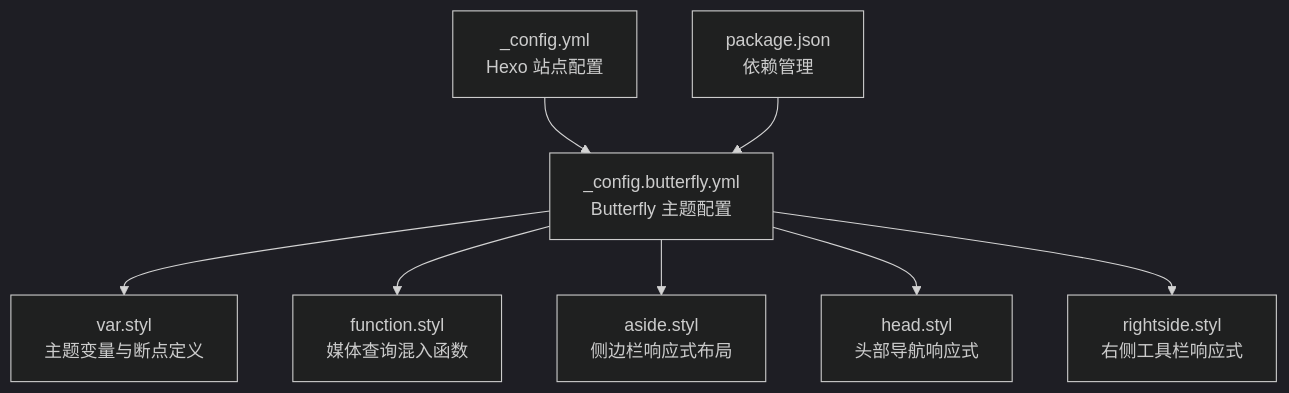
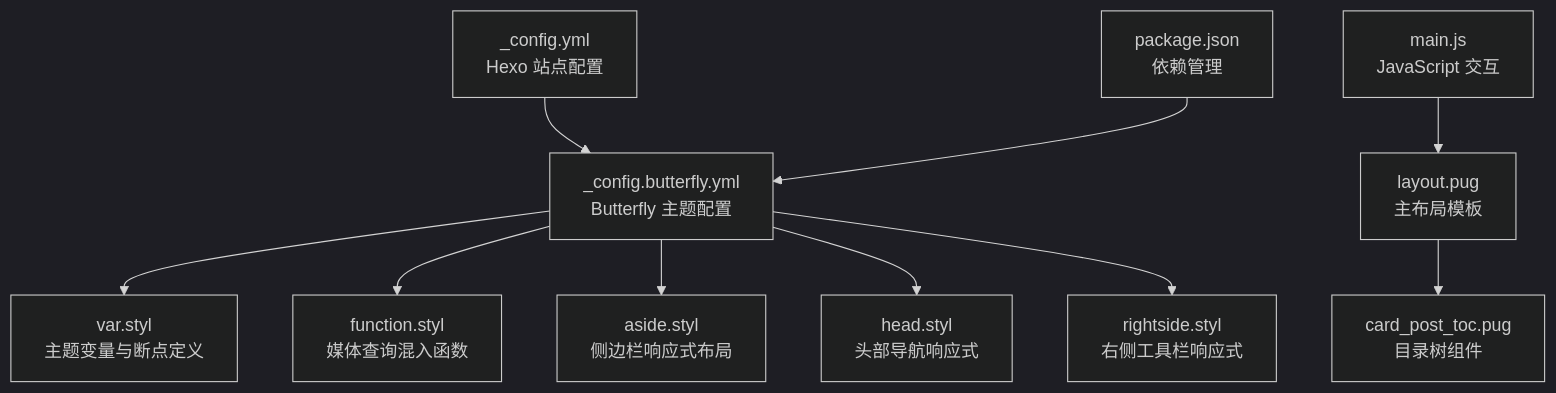
Before and after one commit to CoolPig0720/CoolPig0720.github.io: the first of 6 diagrams in .qoder/repowiki/zh/content/主题和样式系统/响应式设计实现.md, drawn with Mermaid (dark theme). The commit also changed other lines of this file and 13 other files, not shown here.

````diff
--- a/.qoder/repowiki/zh/content/主题和样式系统/响应式设计实现.md
+++ b/.qoder/repowiki/zh/content/主题和样式系统/响应式设计实现.md
@@ -49,10 +53,12 @@
 ```mermaid
 graph TB
 A["_config.yml<br/>Hexo 站点配置"] --> B["_config.butterfly.yml<br/>Butterfly 主题配置"]
 B --> C["var.styl<br/>主题变量与断点定义"]
 B --> D["function.styl<br/>媒体查询混入函数"]
 B --> E["aside.styl<br/>侧边栏响应式布局"]
 B --> F["head.styl<br/>头部导航响应式"]
 B --> G["rightside.styl<br/>右侧工具栏响应式"]
 H["package.json<br/>依赖管理"] --> B
+I["layout.pug<br/>主布局模板"] --> J["card_post_toc.pug<br/>目录树组件"]
+K["main.js<br/>JavaScript 交互"] --> I
 ```
````
